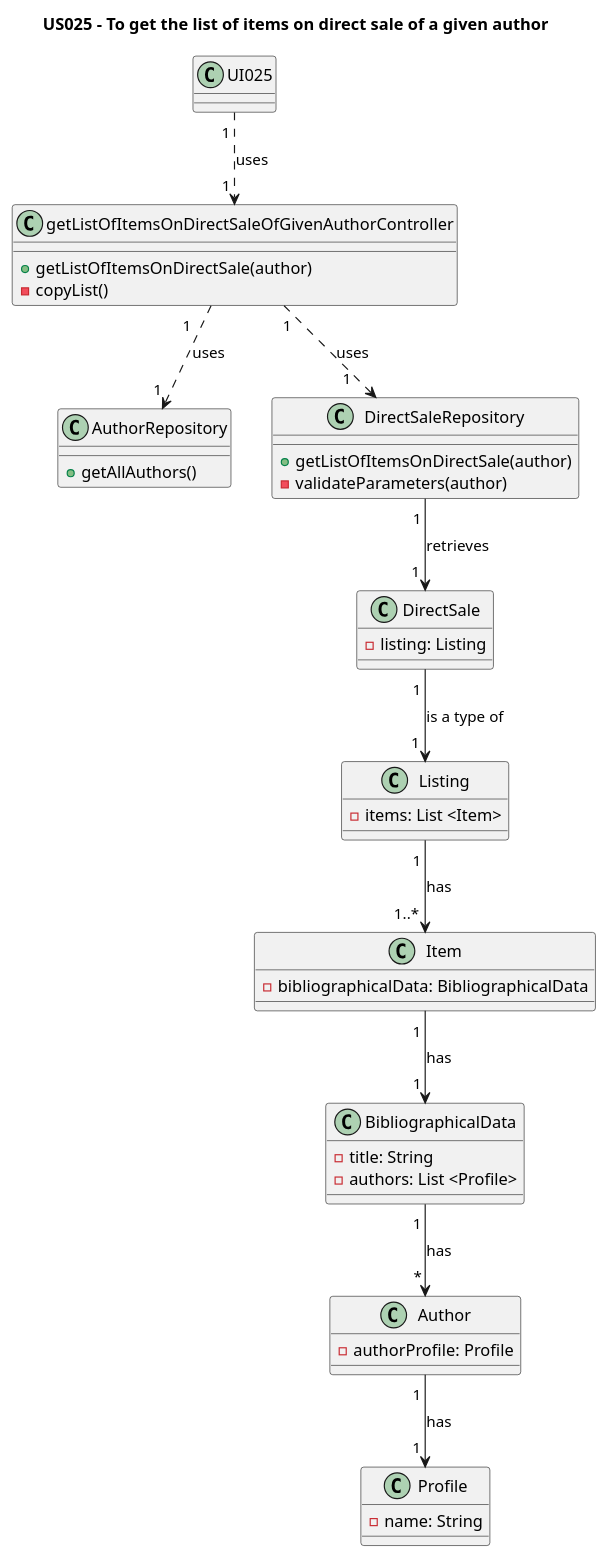
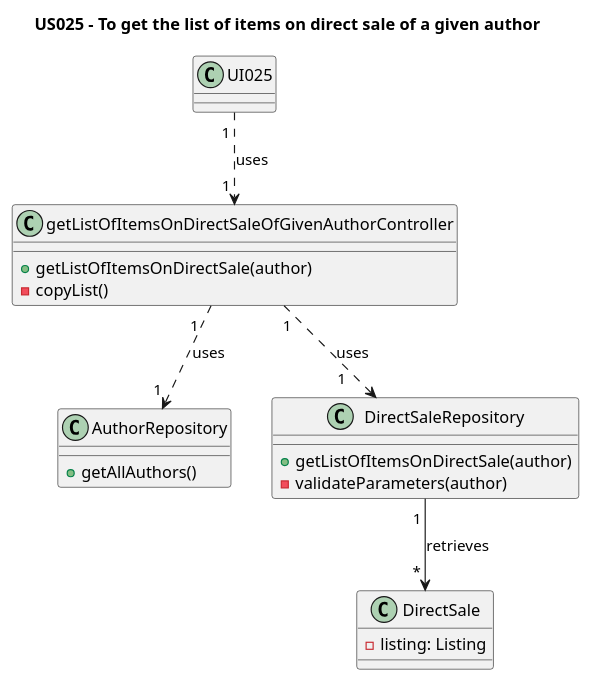
One commit to AndrePereiraGitH/SWitCH-Project-Team_A changed the diagram in Diagrams/ClassDiagrams/US025-to-get-the-list-of-items-on-direct-sale-of-a-given-author.puml. Above: the diagram before and after it, drawn with PlantUML. The commit also changed 1 other file, not shown here.

```diff
--- a/Diagrams/ClassDiagrams/US025-to-get-the-list-of-items-on-direct-sale-of-a-given-author.puml
+++ b/Diagrams/ClassDiagrams/US025-to-get-the-list-of-items-on-direct-sale-of-a-given-author.puml
@@ -1,59 +1,62 @@
 @startuml
 title US025 - To get the list of items on direct sale of a given author
 
 class UI025{
 
 }
 
 class getListOfItemsOnDirectSaleOfGivenAuthorController {
   +getListOfItemsOnDirectSale(author)
   -copyList()
 }
 
 class AuthorRepository{
     +getAllAuthors()
 }
-
+/'
 class Author {
   -authorProfile: Profile
 }
 
 class Profile {
   -name: String
 }
-
+'/
 class DirectSaleRepository {
   +getListOfItemsOnDirectSale(author)
   -validateParameters(author)
 }
 
 class DirectSale {
   - listing: Listing
 }
-
+/'
 class Listing {
   - items: List <Item>
 }
 
 class Item {
     - bibliographicalData: BibliographicalData
 }
 
 class BibliographicalData {
     - title: String
     - authors: List <Profile>
     }
+  '/
 
 ' Interactions
 
 UI025 "1 " ..> "1 " getListOfItemsOnDirectSaleOfGivenAuthorController : uses
-getListOfItemsOnDirectSaleOfGivenAuthorController  " 1" ..> "1    " DirectSaleRepository : uses
-getListOfItemsOnDirectSaleOfGivenAuthorController "1    " ..> "1 " AuthorRepository: uses
-DirectSaleRepository "1 " --> " 1 " DirectSale : retrieves
+getListOfItemsOnDirectSaleOfGivenAuthorController  " 1" ..> "1     " DirectSaleRepository : uses
+getListOfItemsOnDirectSaleOfGivenAuthorController "1  " ..> "1 " AuthorRepository: uses
+DirectSaleRepository "1 " --> " * " DirectSale : retrieves
+/'
 DirectSale "1 " --> " 1 " Listing : is a type of
 BibliographicalData "1 " --> "          *" Author : has
 Author "1 " --> "1 " Profile : has
 Listing "1 " --> "          1..*" Item: has
 Item "1 " --> "          1" BibliographicalData: has
+'/
 
 @enduml
```
